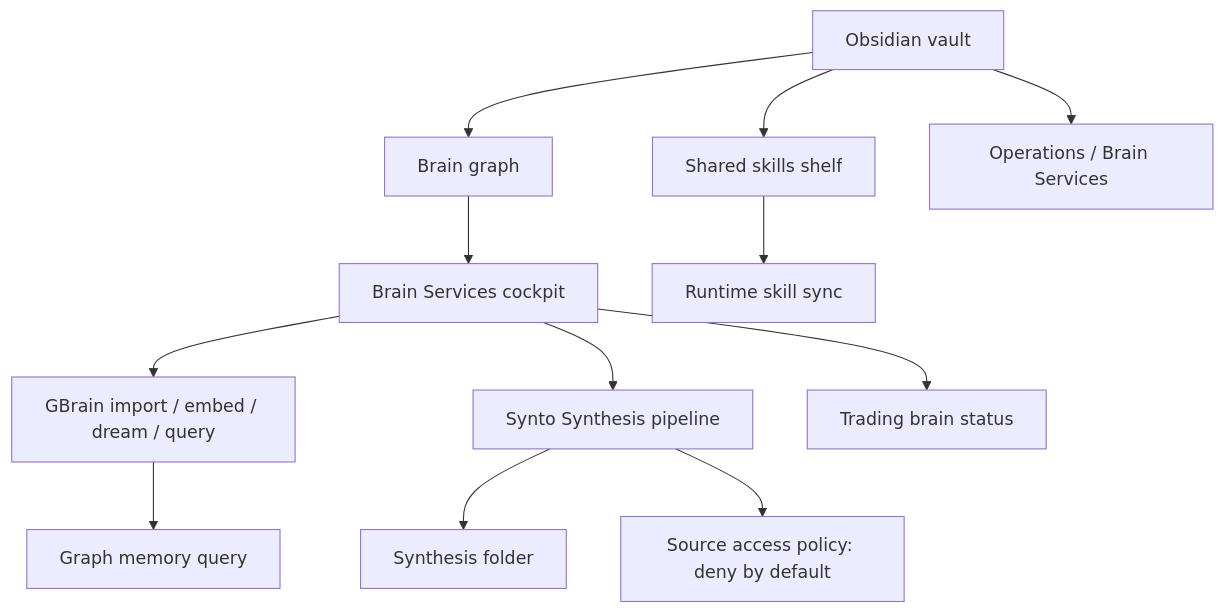
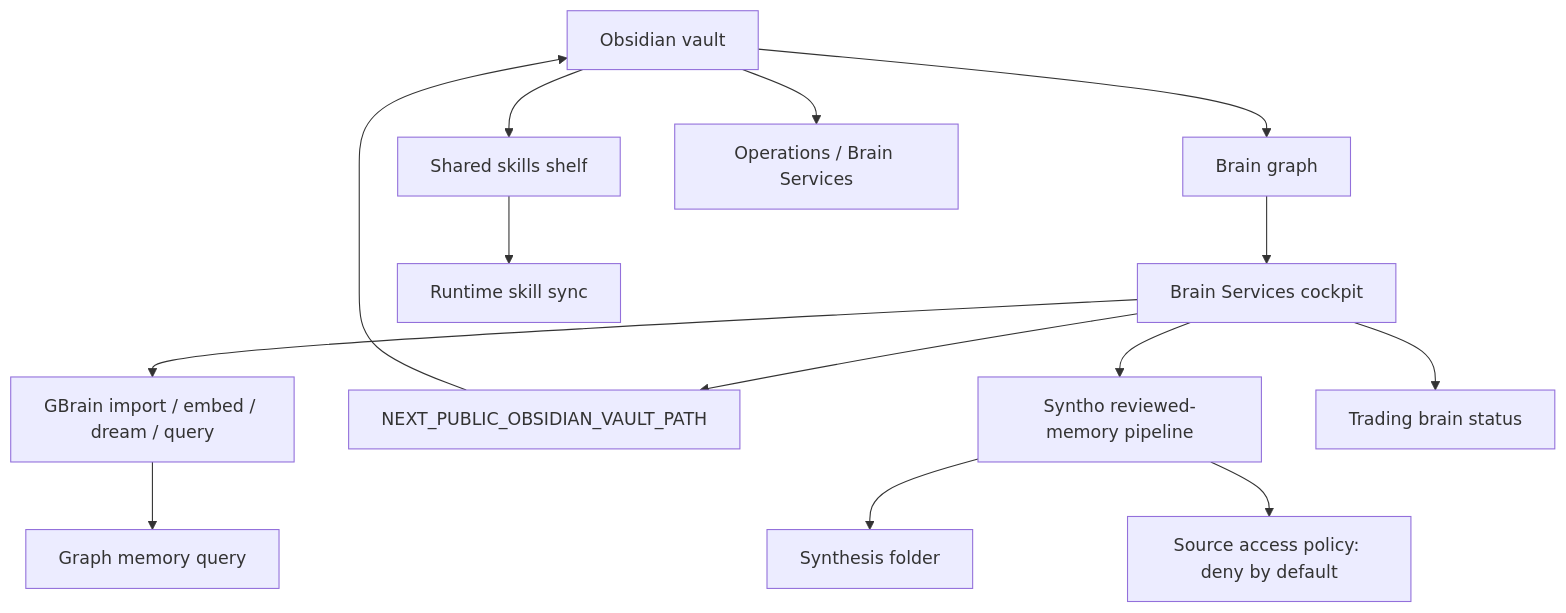
The eighth of 15 diagrams in docs/diagrams.md (LiamVisionary/hivemindos), drawn with Mermaid before and after one commit. The commit also changed other lines of this file and 9 other files, not shown here.

Commit message:
Correct imagegen diagram semantics

````diff
--- a/docs/diagrams.md
+++ b/docs/diagrams.md
@@ -217,14 +217,16 @@
 ```mermaid
 flowchart TB
   Vault["Obsidian vault"] --> Graph["Brain graph"]
   Vault --> Skills["Shared skills shelf"]
   Vault --> ServiceNotes["Operations / Brain Services"]
   Graph --> Dashboard["Brain Services cockpit"]
   Skills --> RuntimeSkills["Runtime skill sync"]
   Dashboard --> GBrain["GBrain import / embed / dream / query"]
-  Dashboard --> Synto["Synto Synthesis pipeline"]
+  Dashboard --> EnvPath["NEXT_PUBLIC_OBSIDIAN_VAULT_PATH"]
+  EnvPath --> Vault
+  Dashboard --> Syntho["Syntho reviewed-memory pipeline"]
   Dashboard --> Trading["Trading brain status"]
-  Synto --> Synthesis["Synthesis folder"]
-  Synto --> SourcePolicy["Source access policy: deny by default"]
+  Syntho --> Synthesis["Synthesis folder"]
+  Syntho --> SourcePolicy["Source access policy: deny by default"]
   GBrain --> Query["Graph memory query"]
 ```
````
